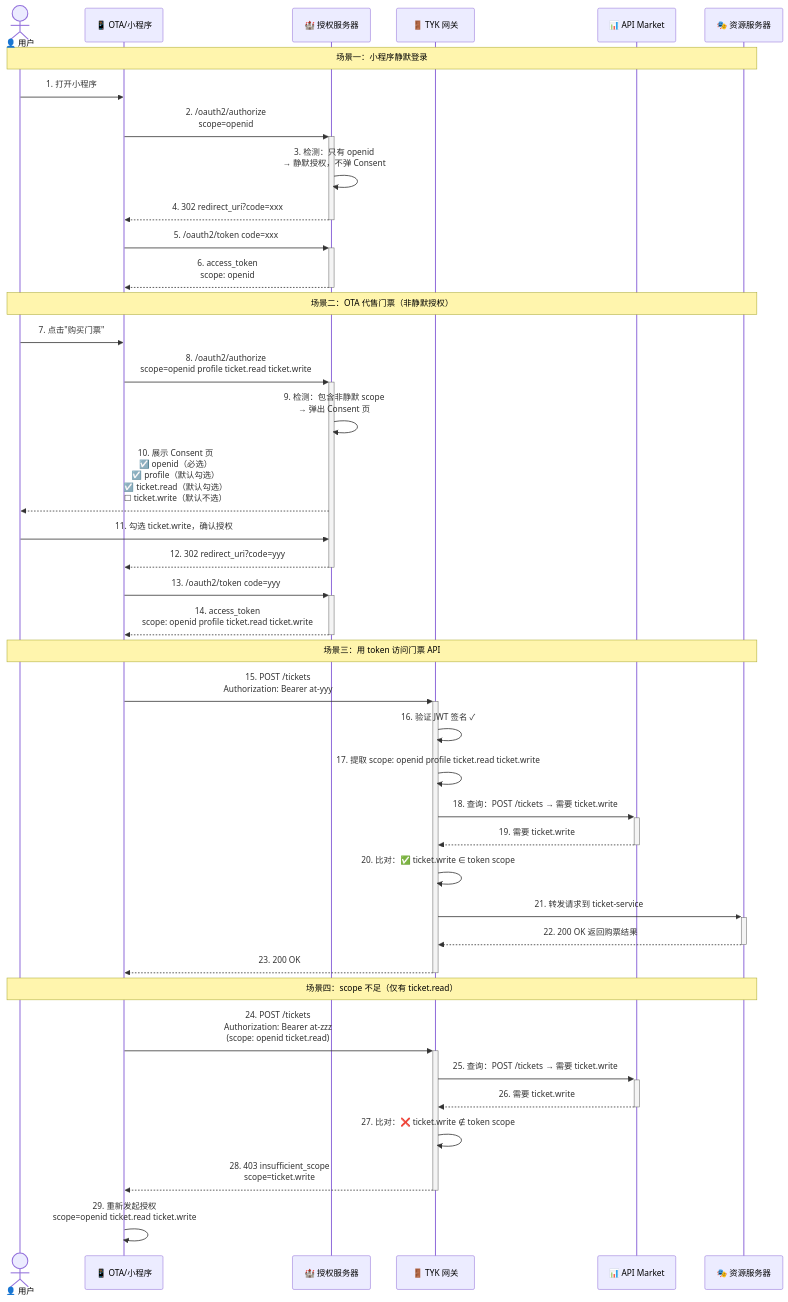
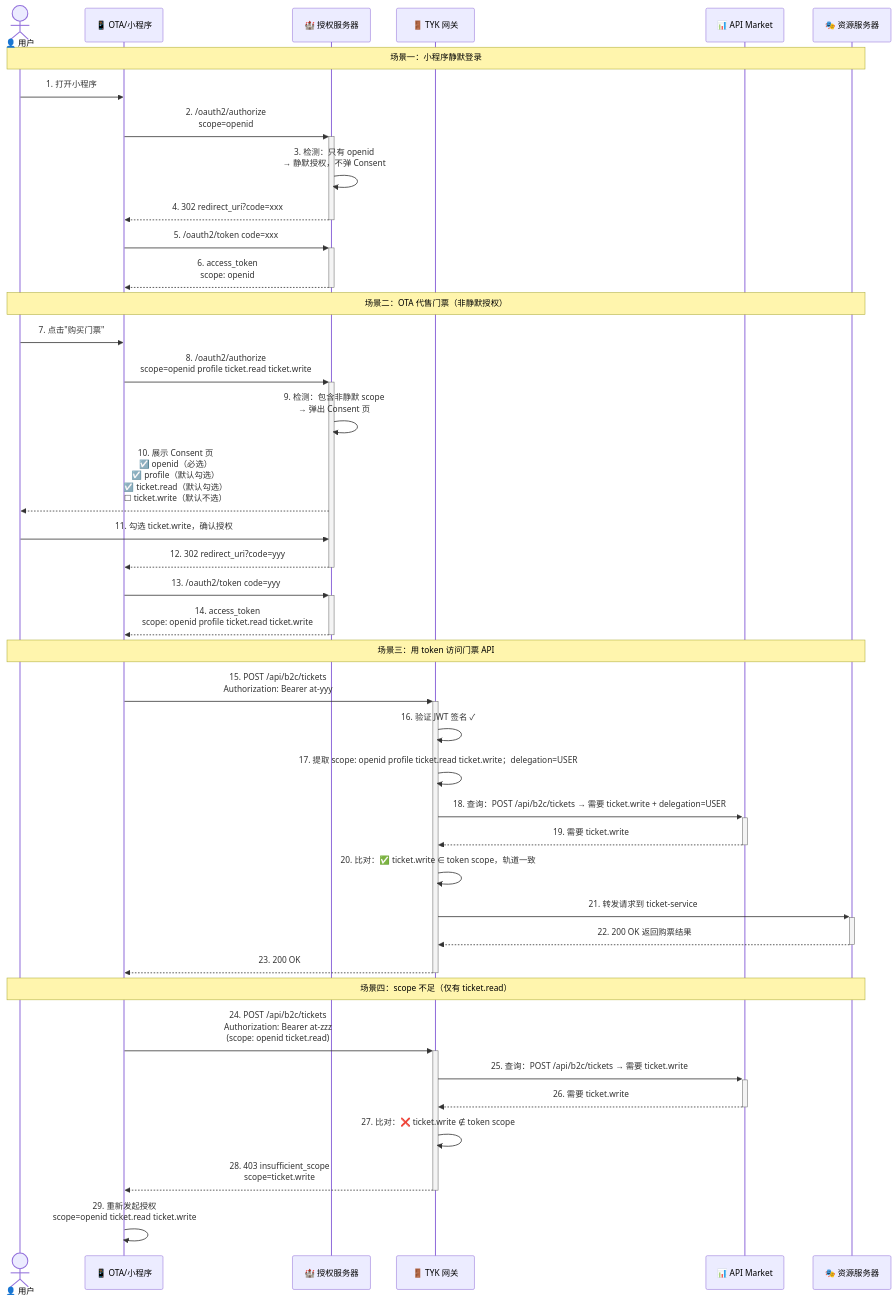
One commit to codingoer/spring-authorization-server changed the seventh of 10 diagrams in samples/scope-plan.md. Above: the diagram before and after it, drawn with Mermaid. The commit also changed other lines of this file and 1 other file, not shown here.

Commit message:
scope plan

````diff
--- a/samples/scope-plan.md
+++ b/samples/scope-plan.md
@@ -604,50 +695,50 @@
 ```mermaid
 sequenceDiagram
     actor User as 👤 用户
     participant App as 📱 OTA/小程序
     participant AS as 🏰 授权服务器
     participant GW as 🚪 TYK 网关
     participant AM as 📊 API Market
     participant RS as 🎭 资源服务器
 
     Note over User,RS: 场景一：小程序静默登录
 
     User->>App: 1. 打开小程序
     App->>+AS: 2. /oauth2/authorize<br/>scope=openid
     AS->>AS: 3. 检测：只有 openid<br/>→ 静默授权，不弹 Consent
     AS-->>-App: 4. 302 redirect_uri?code=xxx
     App->>+AS: 5. /oauth2/token code=xxx
     AS-->>-App: 6. access_token<br/>scope: openid
 
     Note over User,RS: 场景二：OTA 代售门票（非静默授权）
 
     User->>App: 7. 点击"购买门票"
     App->>+AS: 8. /oauth2/authorize<br/>scope=openid profile ticket.read ticket.write
     AS->>AS: 9. 检测：包含非静默 scope<br/>→ 弹出 Consent 页
     AS-->>User: 10. 展示 Consent 页<br/>☑️ openid（必选）<br/>☑️ profile（默认勾选）<br/>☑️ ticket.read（默认勾选）<br/>☐ ticket.write（默认不选）
     User->>AS: 11. 勾选 ticket.write，确认授权
     AS-->>-App: 12. 302 redirect_uri?code=yyy
     App->>+AS: 13. /oauth2/token code=yyy
     AS-->>-App: 14. access_token<br/>scope: openid profile ticket.read ticket.write
 
     Note over User,RS: 场景三：用 token 访问门票 API
 
-    App->>+GW: 15. POST /tickets<br/>Authorization: Bearer at-yyy
+    App->>+GW: 15. POST /api/b2c/tickets<br/>Authorization: Bearer at-yyy
     GW->>GW: 16. 验证 JWT 签名 ✓
-    GW->>GW: 17. 提取 scope: openid profile ticket.read ticket.write
-    GW->>+AM: 18. 查询：POST /tickets → 需要 ticket.write
+    GW->>GW: 17. 提取 scope: openid profile ticket.read ticket.write；delegation=USER
+    GW->>+AM: 18. 查询：POST /api/b2c/tickets → 需要 ticket.write + delegation=USER
     AM-->>-GW: 19. 需要 ticket.write
-    GW->>GW: 20. 比对：✅ ticket.write ∈ token scope
+    GW->>GW: 20. 比对：✅ ticket.write ∈ token scope，轨道一致
     GW->>+RS: 21. 转发请求到 ticket-service
     RS-->>-GW: 22. 200 OK 返回购票结果
     GW-->>-App: 23. 200 OK
 
     Note over User,RS: 场景四：scope 不足（仅有 ticket.read）
 
-    App->>+GW: 24. POST /tickets<br/>Authorization: Bearer at-zzz<br/>(scope: openid ticket.read)
-    GW->>+AM: 25. 查询：POST /tickets → 需要 ticket.write
+    App->>+GW: 24. POST /api/b2c/tickets<br/>Authorization: Bearer at-zzz<br/>(scope: openid ticket.read)
+    GW->>+AM: 25. 查询：POST /api/b2c/tickets → 需要 ticket.write
     AM-->>-GW: 26. 需要 ticket.write
     GW->>GW: 27. 比对：❌ ticket.write ∉ token scope
     GW-->>-App: 28. 403 insufficient_scope<br/>scope=ticket.write
     App->>App: 29. 重新发起授权<br/>scope=openid ticket.read ticket.write
 ```
````
